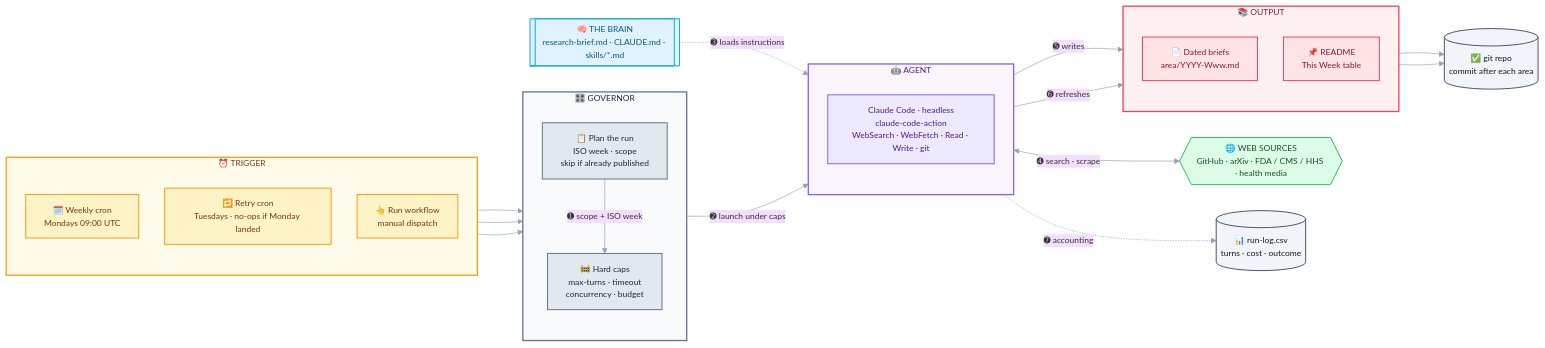
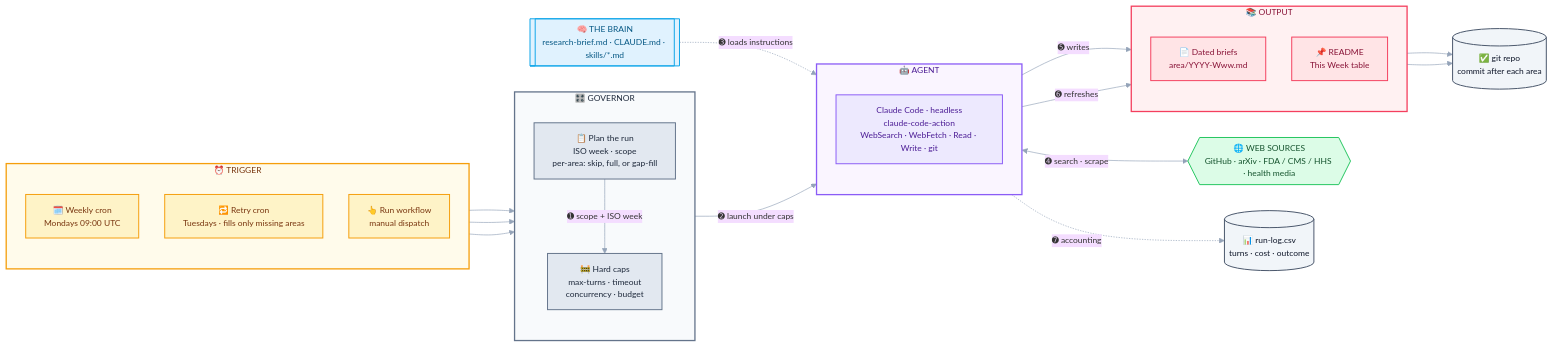
One commit to mnaye/mai_pkb changed the diagram in README.md. Above: the diagram before and after it, drawn with Mermaid. The commit also changed other lines of this file and 2 other files, not shown here.

Commit message:
adds retries for partial run

````diff
--- a/README.md
+++ b/README.md
@@ -151,66 +151,66 @@
 ```mermaid
 %%{init: {'theme':'base','themeVariables':{'fontFamily':'ui-sans-serif, system-ui, -apple-system, sans-serif','fontSize':'13px','lineColor':'#94a3b8'},'flowchart':{'curve':'basis','nodeSpacing':40,'rankSpacing':70,'padding':14}}}%%
 flowchart LR
     subgraph S1[" ⏰ TRIGGER "]
         direction TB
         CRON["🗓️ Weekly cron<br/>Mondays 09:00 UTC"]
-        RETRY["🔁 Retry cron<br/>Tuesdays · no-ops if Monday landed"]
+        RETRY["🔁 Retry cron<br/>Tuesdays · fills only missing areas"]
         MANUAL["👆 Run workflow<br/>manual dispatch"]
     end
 
     subgraph S2[" 🎛️ GOVERNOR "]
         direction TB
-        PLAN["📋 Plan the run<br/>ISO week · scope<br/>skip if already published"]
+        PLAN["📋 Plan the run<br/>ISO week · scope<br/>per-area: skip, full, or gap-fill"]
         CAPS["🚧 Hard caps<br/>max-turns · timeout<br/>concurrency · budget"]
     end
 
     subgraph S3[" 🤖 AGENT "]
         direction TB
         CLAUDE["Claude Code · headless<br/>claude-code-action<br/>WebSearch · WebFetch · Read · Write · git"]
     end
 
     subgraph S4[" 📚 OUTPUT "]
         direction TB
         FILES["📄 Dated briefs<br/>area/YYYY-Www.md"]
         RDME["📌 README<br/>This Week table"]
     end
 
     BRAIN[["🧠 THE BRAIN<br/>research-brief.md · CLAUDE.md · skills/*.md"]]
     WEB{{"🌐 WEB SOURCES<br/>GitHub · arXiv · FDA / CMS / HHS · health media"}}
     REPO[("✅ git repo<br/>commit after each area")]
     LOG[("📊 run-log.csv<br/>turns · cost · outcome")]
 
     CRON   --> PLAN
     RETRY  --> PLAN
     MANUAL --> PLAN
     PLAN   -->|"➊ scope + ISO week"| CAPS
     CAPS   -->|"➋ launch under caps"| CLAUDE
     BRAIN  -.->|"➌ loads instructions"| CLAUDE
     CLAUDE <-->|"➍ search · scrape"| WEB
     CLAUDE -->|"➎ writes"| FILES
     CLAUDE -->|"➏ refreshes"| RDME
     FILES  --> REPO
     RDME   --> REPO
     CLAUDE -.->|"➐ accounting"| LOG
 
     classDef trig  fill:#fef3c7,stroke:#f59e0b,stroke-width:1.5px,color:#78350f;
     classDef gov   fill:#e2e8f0,stroke:#64748b,stroke-width:1.5px,color:#1e293b;
     classDef agent fill:#ede9fe,stroke:#8b5cf6,stroke-width:1.5px,color:#4c1d95;
     classDef brain fill:#e0f2fe,stroke:#0ea5e9,stroke-width:1.5px,color:#075985;
     classDef web   fill:#dcfce7,stroke:#22c55e,stroke-width:1.5px,color:#14532d;
     classDef out   fill:#ffe4e6,stroke:#f43f5e,stroke-width:1.5px,color:#881337;
     classDef store fill:#f1f5f9,stroke:#475569,stroke-width:1.5px,color:#0f172a;
 
     class CRON,RETRY,MANUAL trig;
     class PLAN,CAPS gov;
     class CLAUDE agent;
     class BRAIN brain;
     class WEB web;
     class FILES,RDME out;
     class REPO,LOG store;
 
     style S1 fill:#fffbeb,stroke:#f59e0b,stroke-width:2px,color:#78350f;
     style S2 fill:#f8fafc,stroke:#64748b,stroke-width:2px,color:#1e293b;
     style S3 fill:#faf5ff,stroke:#8b5cf6,stroke-width:2px,color:#4c1d95;
     style S4 fill:#fff1f2,stroke:#f43f5e,stroke-width:2px,color:#881337;
 ```
````
